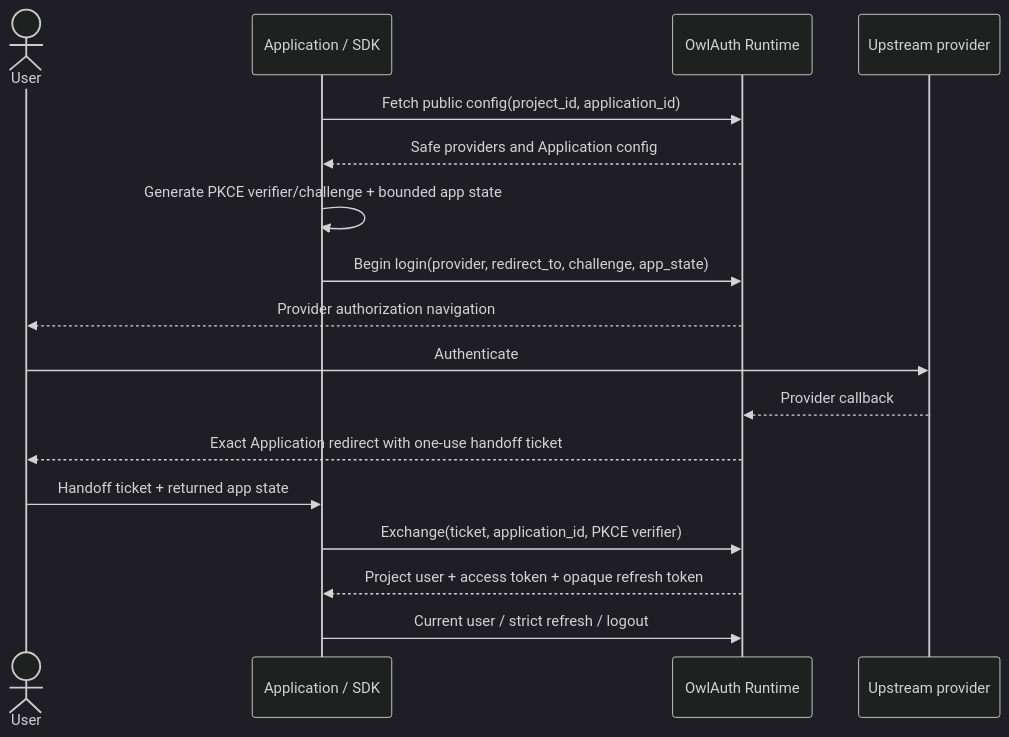
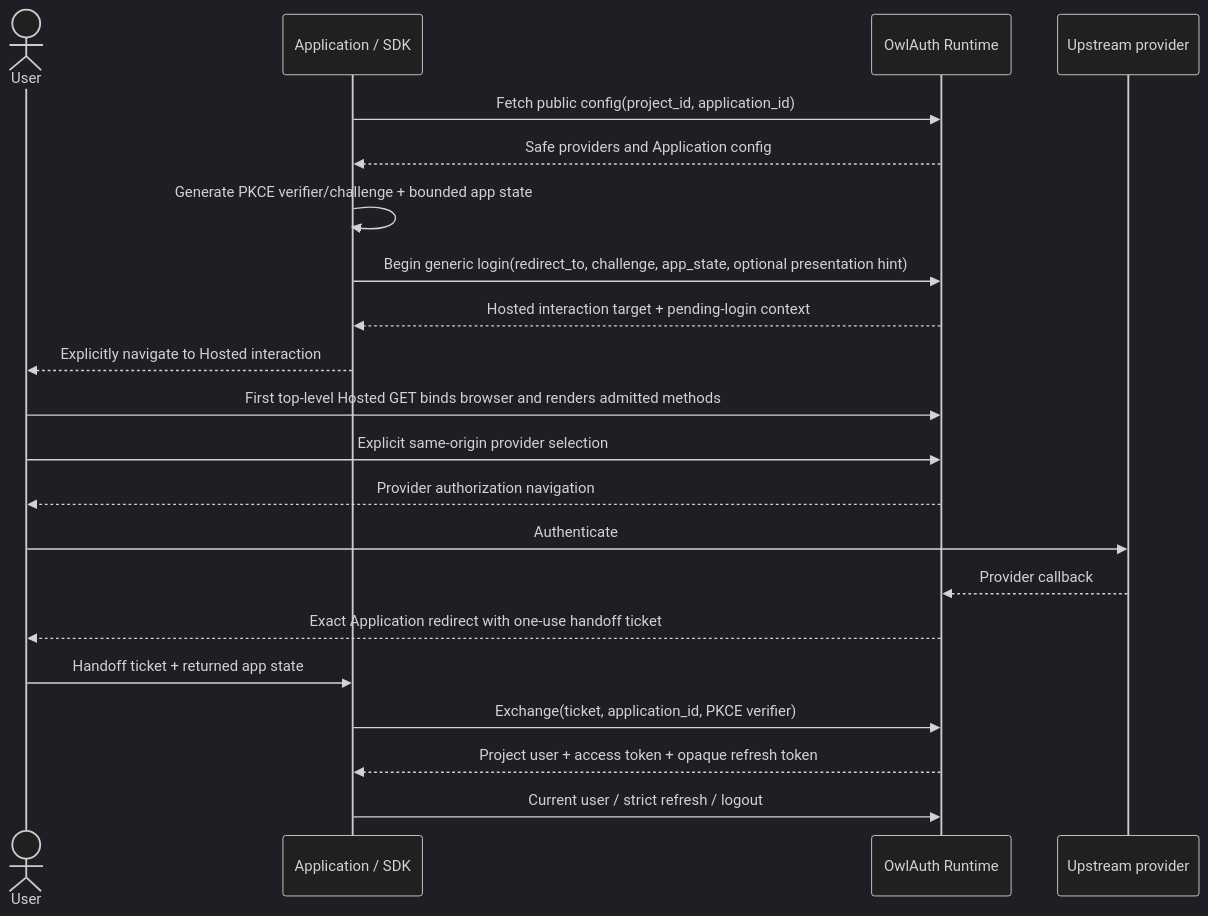
Before and after one commit to owlfoundry/owlauth: the diagram in sdks/spec/04-pkce-and-token-lifecycle.md, drawn with Mermaid (dark theme). The commit also changed other lines of this file and 76 other files, not shown here.

````diff
--- a/sdks/spec/04-pkce-and-token-lifecycle.md
+++ b/sdks/spec/04-pkce-and-token-lifecycle.md
@@ -11,20 +11,24 @@
 ```mermaid
 sequenceDiagram
     actor User
     participant App as Application / SDK
     participant Runtime as OwlAuth Runtime
     participant Provider as Upstream provider
 
     App->>Runtime: Fetch public config(project_id, application_id)
     Runtime-->>App: Safe providers and Application config
     App->>App: Generate PKCE verifier/challenge + bounded app state
-    App->>Runtime: Begin login(provider, redirect_to, challenge, app_state)
+    App->>Runtime: Begin generic login(redirect_to, challenge, app_state, optional presentation hint)
+    Runtime-->>App: Hosted interaction target + pending-login context
+    App-->>User: Explicitly navigate to Hosted interaction
+    User->>Runtime: First top-level Hosted GET binds browser and renders admitted methods
+    User->>Runtime: Explicit same-origin provider selection
     Runtime-->>User: Provider authorization navigation
     User->>Provider: Authenticate
     Provider-->>Runtime: Provider callback
     Runtime-->>User: Exact Application redirect with one-use handoff ticket
     User->>App: Handoff ticket + returned app state
     App->>Runtime: Exchange(ticket, application_id, PKCE verifier)
     Runtime-->>App: Project user + access token + opaque refresh token
     App->>Runtime: Current user / strict refresh / logout
 ```
````
